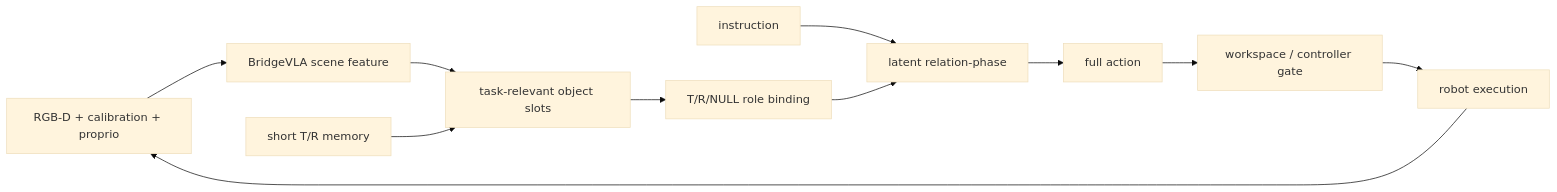
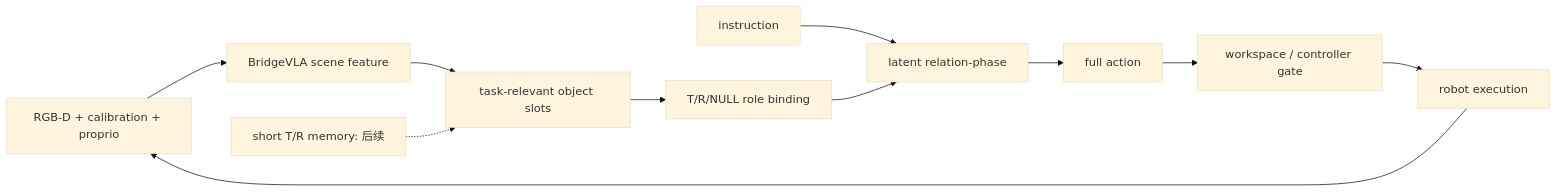
The first of 2 diagrams in docs/design/real-world-deployment.md (YW310/BridgeVLA), drawn with Mermaid (base theme) before and after one commit. The commit also changed other lines of this file and 12 other files, not shown here.

````diff
--- a/docs/design/real-world-deployment.md
+++ b/docs/design/real-world-deployment.md
@@ -7,13 +9,13 @@
 ```mermaid
 flowchart LR
     S[RGB-D + calibration + proprio] --> F[BridgeVLA scene feature]
     F --> O[task-relevant object slots]
-    M[short T/R memory] --> O
+    M[short T/R memory: 后续] -.-> O
     O --> R[T/R/NULL role binding]
     I[instruction] --> Z[latent relation-phase]
     R --> Z
     Z --> A[full action]
     A --> G[workspace / controller gate]
     G --> X[robot execution]
     X --> S
 ```
````
